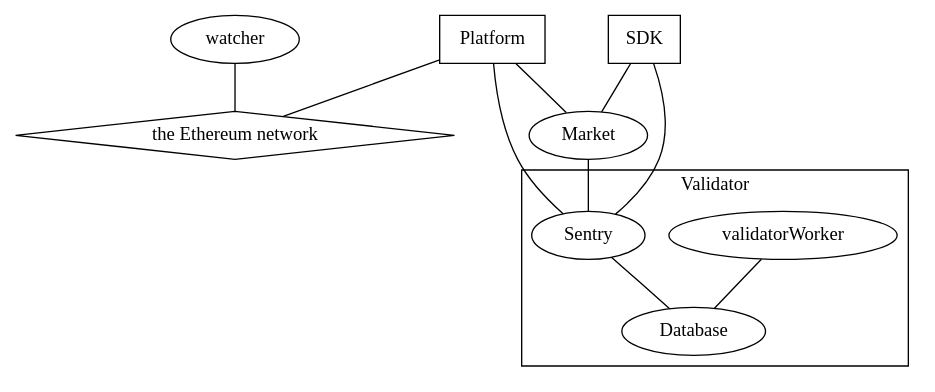
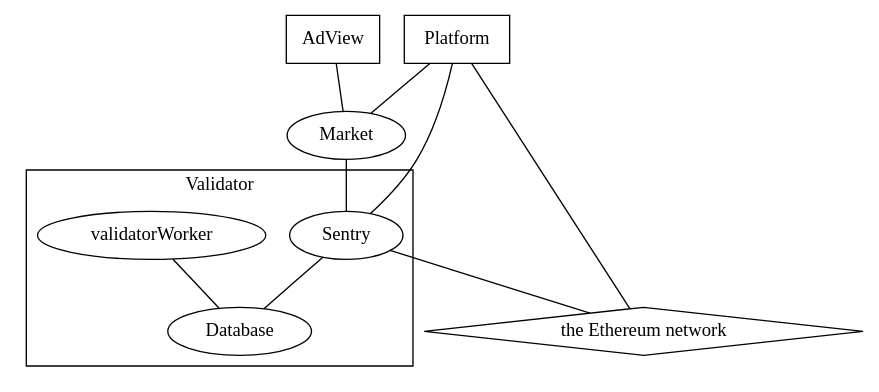
Before and after one commit to AmbireTech/adex-protocol: the diagram in graphs/architecture.dot, drawn with Graphviz. The commit also changed 1 other file, not shown here.

Commit message:
architecture graphics updated again

```diff
--- a/graphs/architecture.dot
+++ b/graphs/architecture.dot
@@ -1,24 +1,23 @@
 graph {
 	// @TODO: users, AdView
 	// @TODO: can we visualize what data flows between the components?
 	// @TODO: most validator stack components use the adapter, and the adapter uses adex-protocol-eth
 	subgraph cluster_validator {
 		label="Validator";
 		db[label="Database"];
 		worker[label="validatorWorker"];
 		sentry[label="Sentry"];
 		worker -- db;
 		sentry -- db;
 	}
 	market[label="Market"];
 	market -- sentry;
 	ethereum[label="the Ethereum network", shape="diamond"];
-	watcher -- ethereum;
 	platform[label="Platform",shape="box"];
 	platform -- market;
 	platform -- sentry;
 	platform -- ethereum;
-	SDK[shape="box"];
-	SDK -- sentry;
-	SDK -- market;
+	sentry -- ethereum;
+	AdView[shape="box"];
+	AdView -- market;
 }
```
